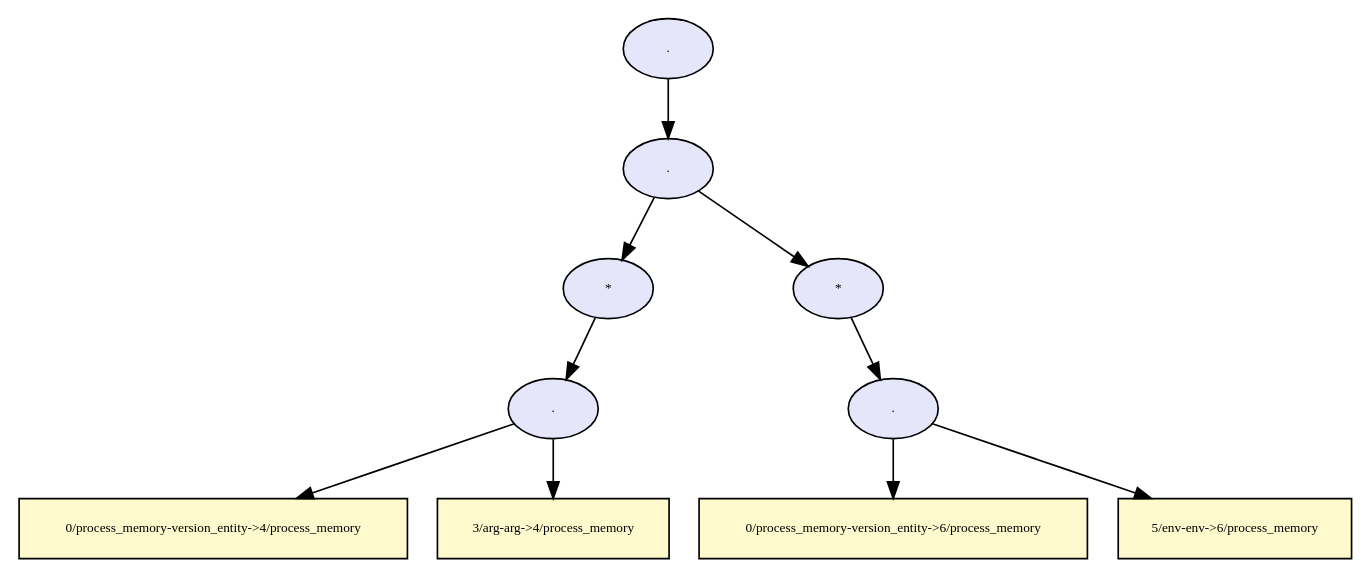
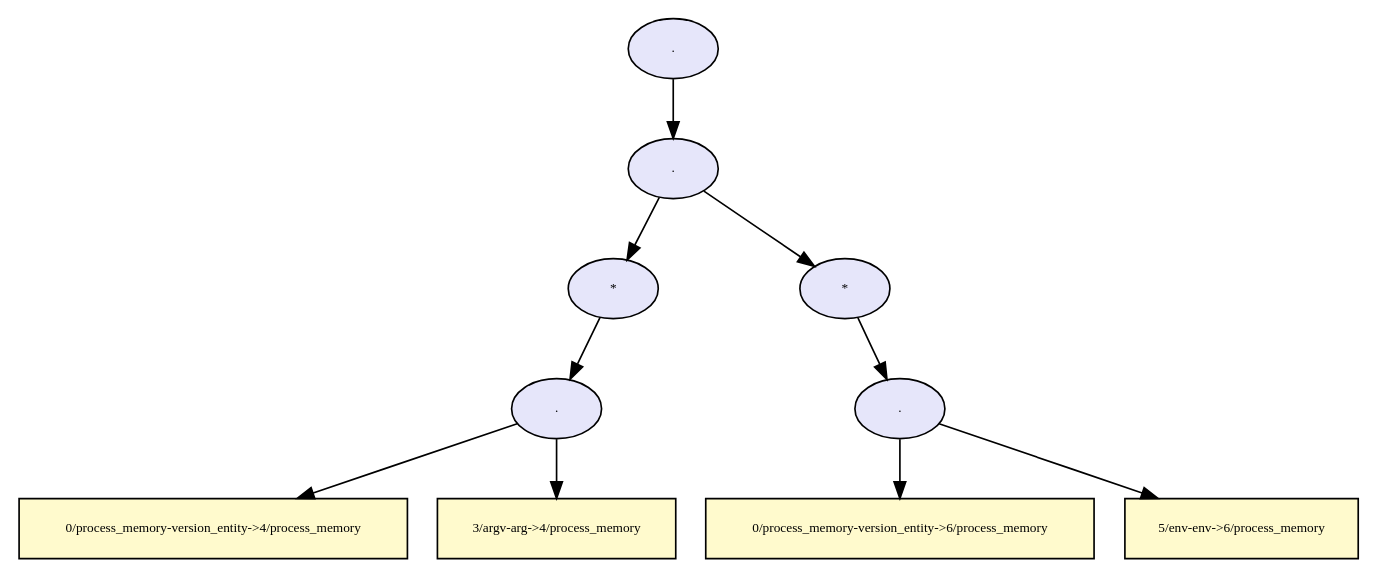
Before and after one commit to TinkerBellSystem/graph-matching: the diagram in dot/provenance_bprm_check_security_tree.dot, drawn with Graphviz. The commit also changed 185 other files, not shown here.

```diff
--- a/dot/provenance_bprm_check_security_tree.dot
+++ b/dot/provenance_bprm_check_security_tree.dot
@@ -1,39 +1,39 @@
 digraph RGL__DirectedAdjacencyGraph {9[fontsize = 8,label = ".",shape = ellipse, fillcolor="#e6e6fa", style = filled]
 
 9 -> 8[fontsize = 8, color="#000000"]
 
 8[fontsize = 8,label = ".",shape = ellipse, fillcolor="#e6e6fa", style = filled]
 
 8 -> 3[fontsize = 8, color="#000000"]
 
 3[fontsize = 8,label = "*",shape = ellipse, fillcolor="#e6e6fa", style = filled]
 
 3 -> 2[fontsize = 8, color="#000000"]
 
 2[fontsize = 8,label = ".",shape = ellipse, fillcolor="#e6e6fa", style = filled]
 
 2 -> 0[fontsize = 8, color="#000000"]
 
 0[fontsize = 8,label = "0/process_memory-version_entity->4/process_memory",shape = rectangle, fillcolor="#fffacd", style = filled]
 
 2 -> 1[fontsize = 8, color="#000000"]
 
-1[fontsize = 8,label = "3/arg-arg->4/process_memory",shape = rectangle, fillcolor="#fffacd", style = filled]
+1[fontsize = 8,label = "3/argv-arg->4/process_memory",shape = rectangle, fillcolor="#fffacd", style = filled]
 
 8 -> 7[fontsize = 8, color="#000000"]
 
 7[fontsize = 8,label = "*",shape = ellipse, fillcolor="#e6e6fa", style = filled]
 
 7 -> 6[fontsize = 8, color="#000000"]
 
 6[fontsize = 8,label = ".",shape = ellipse, fillcolor="#e6e6fa", style = filled]
 
 6 -> 4[fontsize = 8, color="#000000"]
 
 4[fontsize = 8,label = "0/process_memory-version_entity->6/process_memory",shape = rectangle, fillcolor="#fffacd", style = filled]
 
 6 -> 5[fontsize = 8, color="#000000"]
 
 5[fontsize = 8,label = "5/env-env->6/process_memory",shape = rectangle, fillcolor="#fffacd", style = filled]
 
 }
```
